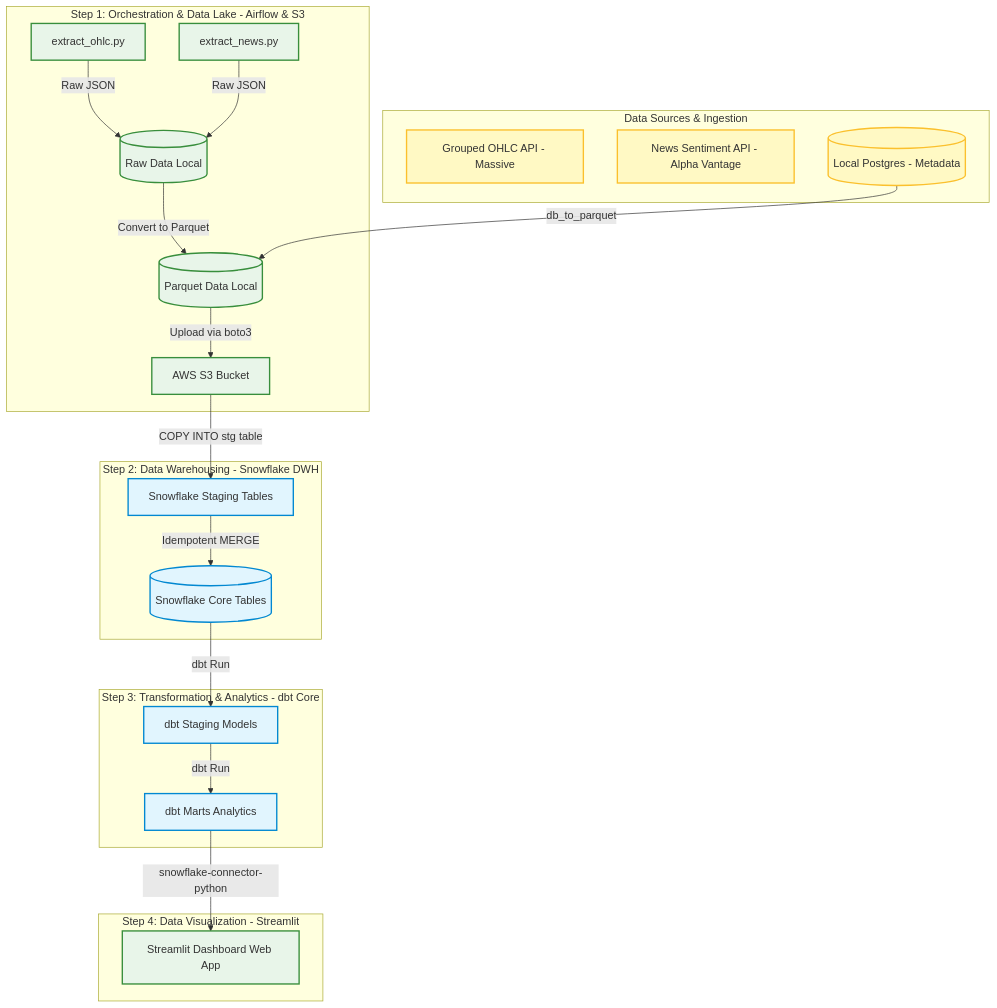
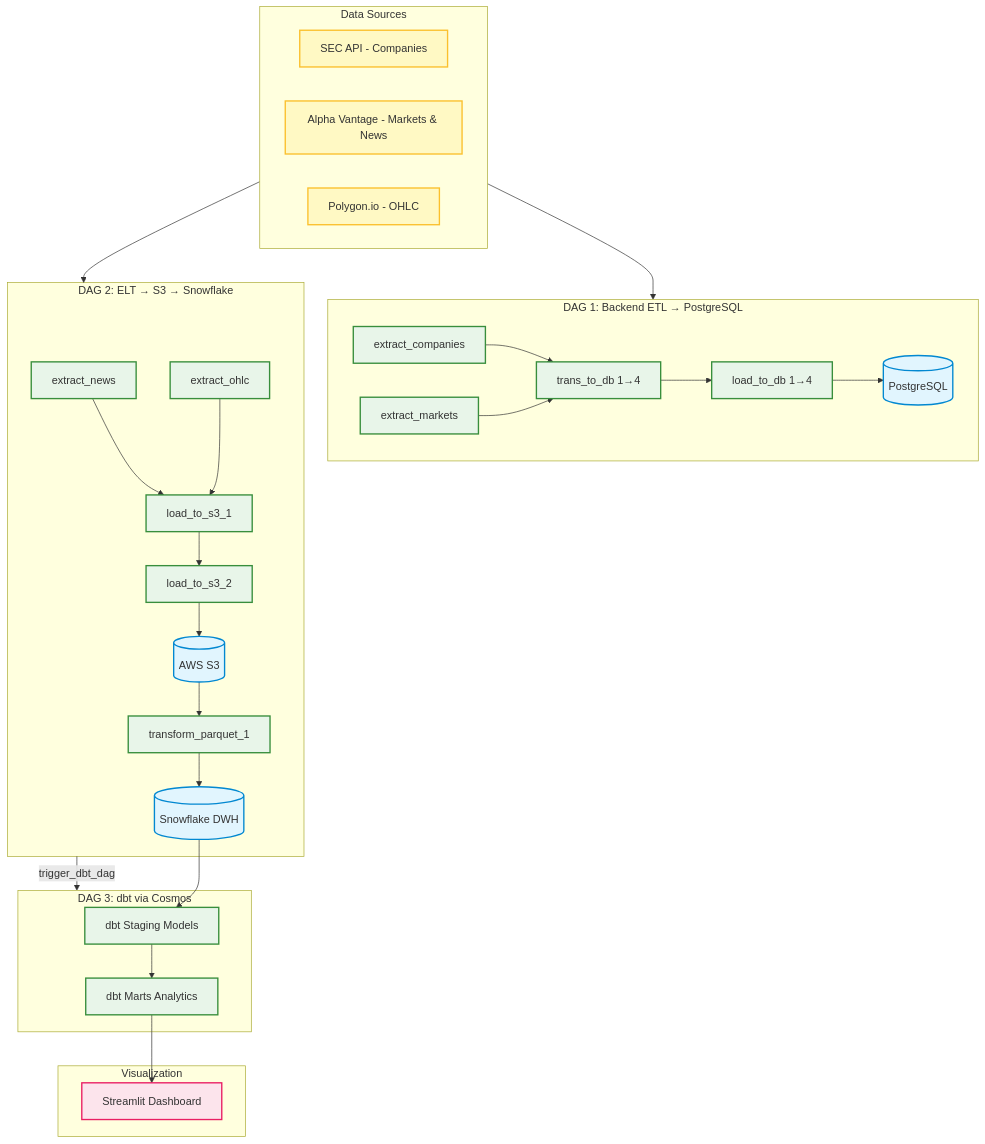
One commit to ItsLewis-DE/Stock-project changed the diagram in README.md. Above: the diagram before and after it, drawn with Mermaid. The commit also changed other lines of this file and 1 other file, not shown here.

````diff
--- a/README.md
+++ b/README.md
@@ -11,41 +11,47 @@
 ```mermaid
 graph TD
-    subgraph ds[Data Sources & Ingestion]
-        A1[Grouped OHLC API - Massive]
-        A2[News Sentiment API - Alpha Vantage]
-        A3[(Local Postgres - Metadata)]
+    subgraph ds["Data Sources"]
+        A1["SEC API - Companies"]
+        A2["Alpha Vantage - Markets & News"]
+        A3["Polygon.io - OHLC"]
     end
 
-    subgraph step1[Step 1: Orchestration & Data Lake - Airflow & S3]
-        B1[extract_ohlc.py] -->|Raw JSON| C1[(Raw Data Local)]
-        B2[extract_news.py] -->|Raw JSON| C1
-        
-        C1 -->|Convert to Parquet| C2[(Parquet Data Local)]
-        A3 -->|db_to_parquet| C2
-        
-        C2 -->|Upload via boto3| D[AWS S3 Bucket]
+    subgraph dag1["DAG 1: Backend ETL → PostgreSQL"]
+        B1["extract_companies"] --> T1["trans_to_db 1→4"]
+        B2["extract_markets"] --> T1
+        T1 --> L1["load_to_db 1→4"]
+        L1 --> PG[(PostgreSQL)]
     end
 
-    subgraph step2[Step 2: Data Warehousing - Snowflake DWH]
-        D -->|COPY INTO stg table| E[Snowflake Staging Tables]
-        E -->|Idempotent MERGE| F[(Snowflake Core Tables)]
+    subgraph dag2["DAG 2: ELT → S3 → Snowflake"]
+        E1["extract_news"] --> LD1["load_to_s3_1"]
+        E2["extract_ohlc"] --> LD1
+        LD1 --> LD2["load_to_s3_2"]
+        LD2 --> S3[(AWS S3)]
+        S3 --> TR["transform_parquet_1"]
+        TR --> SF[(Snowflake DWH)]
     end
 
-    subgraph step3[Step 3: Transformation & Analytics - dbt Core]
-        F -->|dbt Run| G[dbt Staging Models]
-        G -->|dbt Run| H[dbt Marts Analytics]
+    subgraph dag3["DAG 3: dbt via Cosmos"]
+        SF --> STG["dbt Staging Models"]
+        STG --> MRT["dbt Marts Analytics"]
     end
 
-    subgraph step4[Step 4: Data Visualization - Streamlit]
-        H -->|snowflake-connector-python| I[Streamlit Dashboard Web App]
+    subgraph viz["Visualization"]
+        MRT --> APP["Streamlit Dashboard"]
     end
 
-    classDef success fill:#e1f5fe,stroke:#0288d1,stroke-width:2px;
-    classDef warning fill:#fff9c4,stroke:#fbc02d,stroke-width:2px;
-    classDef primary fill:#e8f5e9,stroke:#388e3c,stroke-width:2px;
-    
-    class A1,A2,A3 warning;
-    class B1,B2,C1,C2,D primary;
-    class E,F,G,H success;
-    class I primary;
+    ds --> dag1
+    ds --> dag2
+    dag2 -->|"trigger_dbt_dag"| dag3
+
+    classDef source fill:#fff9c4,stroke:#fbc02d,stroke-width:2px;
+    classDef process fill:#e8f5e9,stroke:#388e3c,stroke-width:2px;
+    classDef storage fill:#e1f5fe,stroke:#0288d1,stroke-width:2px;
+    classDef viz fill:#fce4ec,stroke:#e91e63,stroke-width:2px;
+
+    class A1,A2,A3 source;
+    class B1,B2,E1,E2,T1,L1,LD1,LD2,TR,STG,MRT process;
+    class PG,S3,SF storage;
+    class APP viz;
 ```
````
